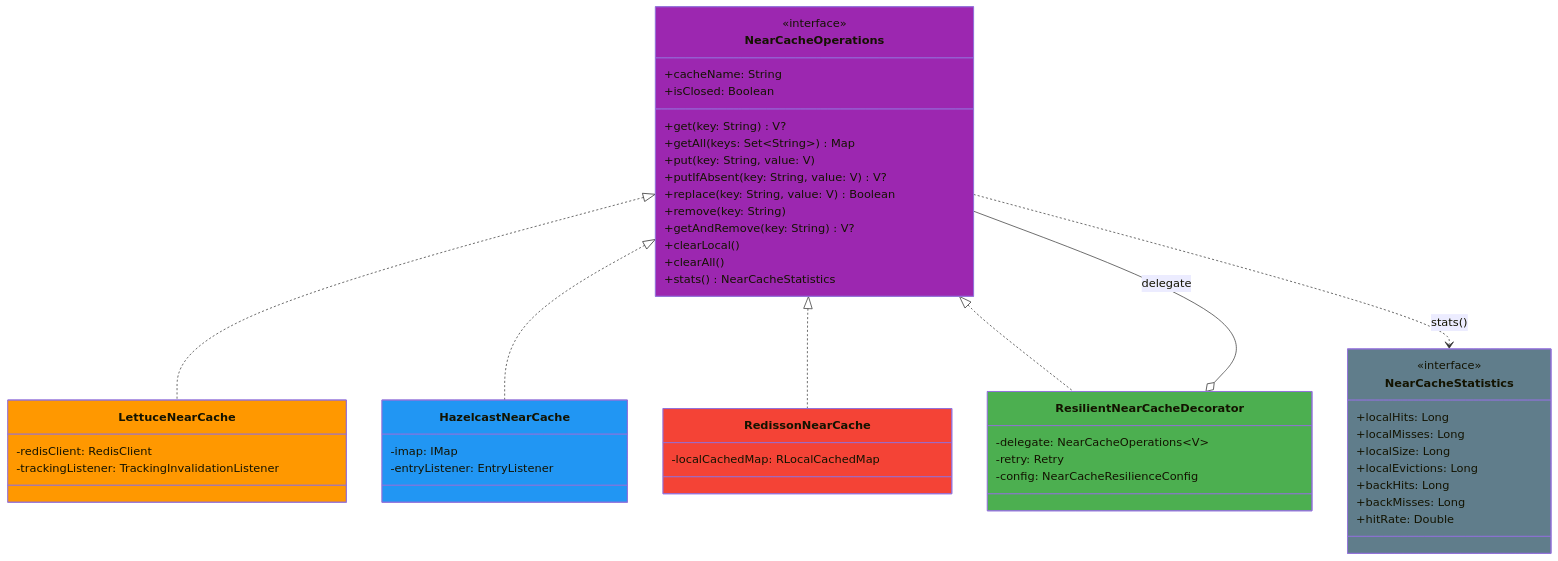
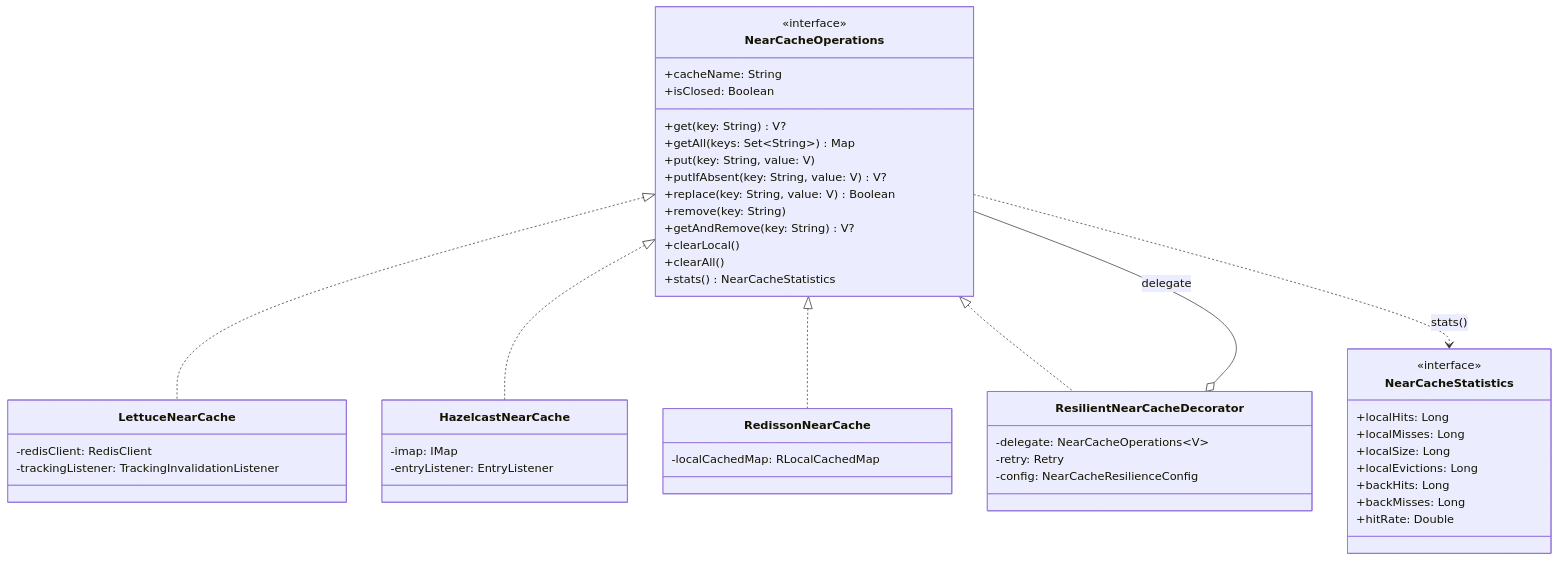
One commit to bluetape4k/bluetape4k-projects changed the third of 7 diagrams in infra/cache-core/README.md. Above: the diagram before and after it, drawn with Mermaid. The commit also changed other lines of this file and 95 other files, not shown here.

First line of the commit message:
docs: Mermaid 파서 오류 전체 수정 (IntelliJ IDEA 호환)

````diff
--- a/infra/cache-core/README.md
+++ b/infra/cache-core/README.md
@@ -85,63 +85,57 @@
 ```mermaid
 classDiagram
-    class NearCacheOperations:::abstractStyle {
+    class NearCacheOperations {
         <<interface>>
         +cacheName: String
         +isClosed: Boolean
         +get(key: String) V?
         +getAll(keys: Set~String~) Map
         +put(key: String, value: V)
         +putIfAbsent(key: String, value: V) V?
         +replace(key: String, value: V) Boolean
         +remove(key: String)
         +getAndRemove(key: String) V?
         +clearLocal()
         +clearAll()
         +stats() NearCacheStatistics
     }
 
-    class NearCacheStatistics:::infraStyle {
+    class NearCacheStatistics {
         <<interface>>
         +localHits: Long
         +localMisses: Long
         +localSize: Long
         +localEvictions: Long
         +backHits: Long
         +backMisses: Long
         +hitRate: Double
     }
 
-    class ResilientNearCacheDecorator:::serviceStyle {
+    class ResilientNearCacheDecorator {
         -delegate: NearCacheOperations~V~
         -retry: Retry
         -config: NearCacheResilienceConfig
     }
 
-    class LettuceNearCache:::redisStyle {
+    class LettuceNearCache {
         -redisClient: RedisClient
         -trackingListener: TrackingInvalidationListener
     }
 
-    class HazelcastNearCache:::clientStyle {
+    class HazelcastNearCache {
         -imap: IMap
         -entryListener: EntryListener
     }
 
-    class RedissonNearCache:::cacheStyle {
+    class RedissonNearCache {
         -localCachedMap: RLocalCachedMap
     }
 
     NearCacheOperations <|.. LettuceNearCache
     NearCacheOperations <|.. HazelcastNearCache
     NearCacheOperations <|.. RedissonNearCache
     NearCacheOperations <|.. ResilientNearCacheDecorator
     NearCacheOperations --o ResilientNearCacheDecorator : delegate
     NearCacheOperations ..> NearCacheStatistics : stats()
 
-    classDef cacheStyle   fill:#F44336
-    classDef redisStyle   fill:#FF9800
-    classDef infraStyle   fill:#607D8B
-    classDef clientStyle  fill:#2196F3
-    classDef abstractStyle fill:#9C27B0
-    classDef serviceStyle fill:#4CAF50
 ```
````
